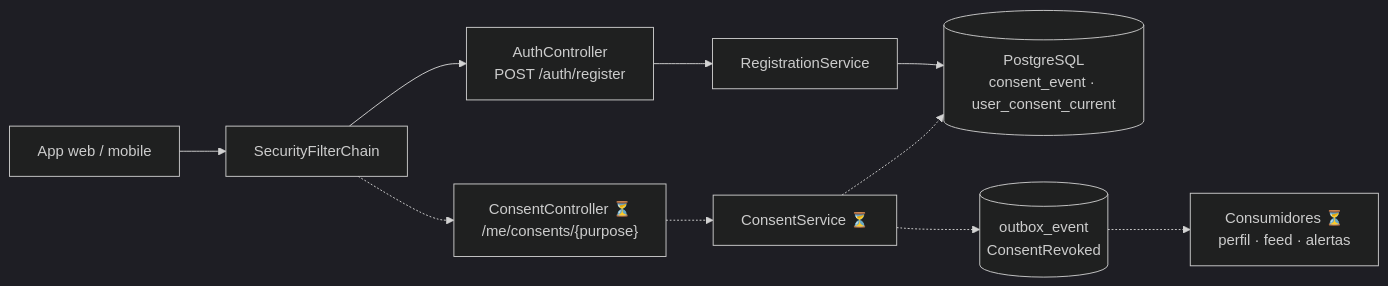
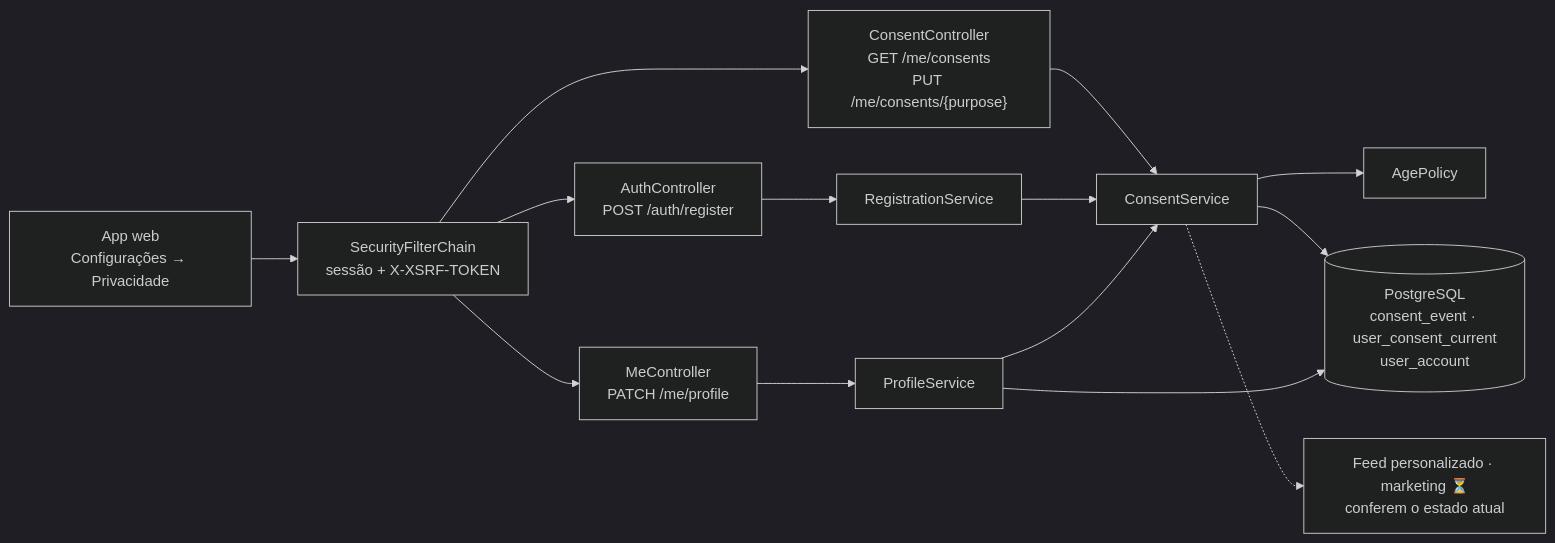
The diagram in docs/RF3/componentes.md (MatheusHaliski/Friendly-Eats), drawn with Mermaid (dark theme) before and after one commit. The commit also changed 22 other files, not shown here.

````diff
--- a/docs/RF3/componentes.md
+++ b/docs/RF3/componentes.md
@@ -3,12 +3,16 @@
 ```mermaid
 flowchart LR
-    APP["App web / mobile"] --> SEC["SecurityFilterChain"]
+    APP["App web<br/>Configurações → Privacidade"] --> SEC["SecurityFilterChain<br/>sessão + X-XSRF-TOKEN"]
     SEC --> AC["AuthController<br/>POST /auth/register"]
-    SEC -.-> CC["ConsentController ⏳<br/>/me/consents/{purpose}"]
+    SEC --> CC["ConsentController<br/>GET /me/consents<br/>PUT /me/consents/{purpose}"]
+    SEC --> MC["MeController<br/>PATCH /me/profile"]
     AC --> RS["RegistrationService"]
-    CC -.-> CS["ConsentService ⏳"]
-    RS --> PG[("PostgreSQL<br/>consent_event · user_consent_current")]
-    CS -.-> PG
-    CS -.-> OB[("outbox_event<br/>ConsentRevoked")]
-    OB -.-> CON["Consumidores ⏳<br/>perfil · feed · alertas"]
+    CC --> CS["ConsentService"]
+    MC --> PS["ProfileService"]
+    RS --> CS
+    PS --> CS
+    CS --> AP["AgePolicy"]
+    CS --> PG[("PostgreSQL<br/>consent_event · user_consent_current<br/>user_account")]
+    PS --> PG
+    CS -.-> CON["Feed personalizado · marketing ⏳<br/>conferem o estado atual"]
 ```
````
